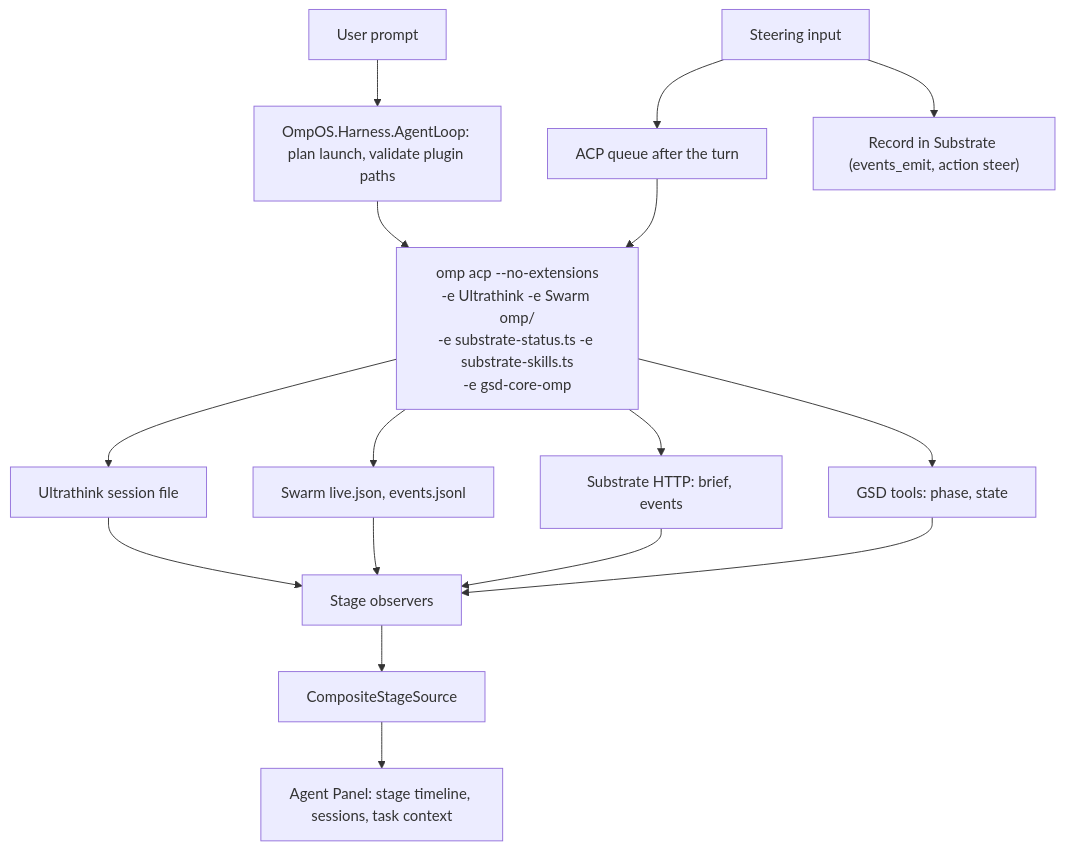
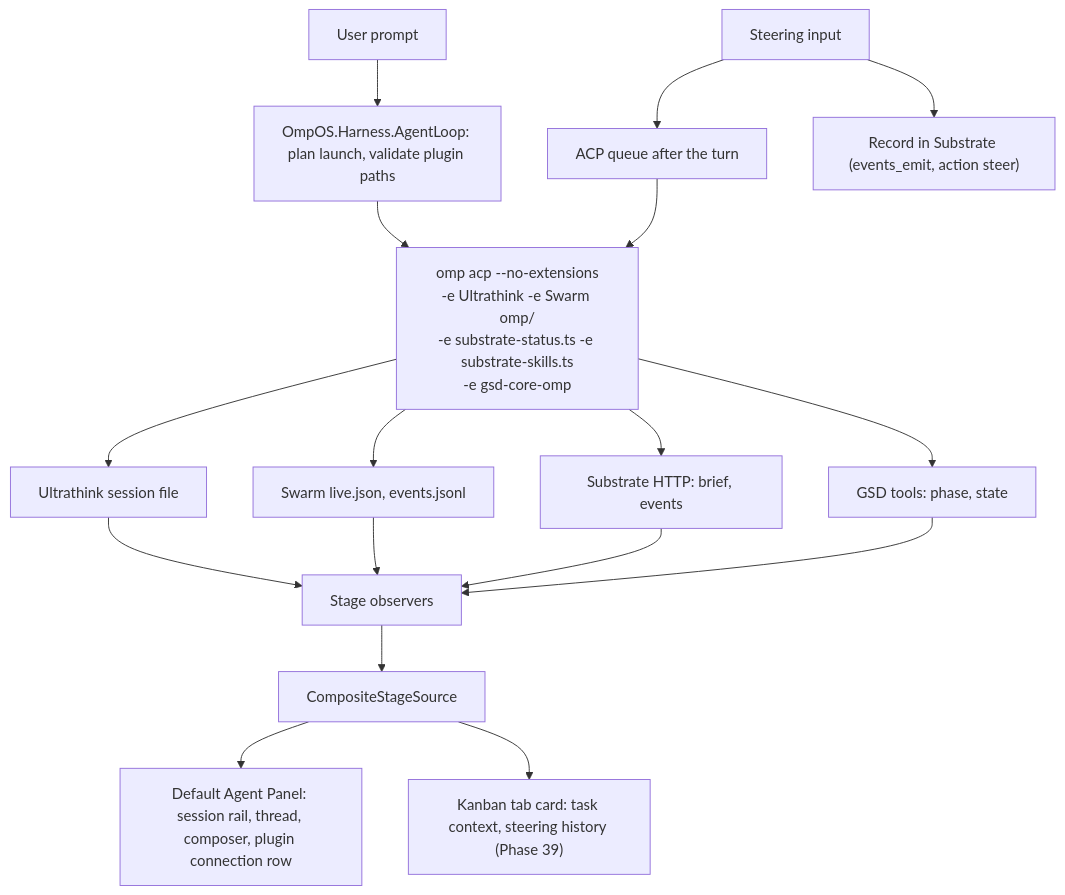
One commit to swcstudiospace/OmpOS changed the second of 2 diagrams in docs/architecture.md. Above: the diagram before and after it, drawn with Mermaid. The commit also changed other lines of this file and 25 other files, not shown here.

````diff
--- a/docs/architecture.md
+++ b/docs/architecture.md
@@ -72,18 +72,19 @@
 ```mermaid
 flowchart TB
     U["User prompt"] --> H["OmpOS.Harness.AgentLoop: plan launch, validate plugin paths"]
     H --> O["omp acp --no-extensions<br/>-e Ultrathink -e Swarm omp/<br/>-e substrate-status.ts -e substrate-skills.ts<br/>-e gsd-core-omp"]
     O --> UT["Ultrathink session file"]
     O --> SW["Swarm live.json, events.jsonl"]
     O --> SB["Substrate HTTP: brief, events"]
     O --> GS["GSD tools: phase, state"]
     UT --> OB["Stage observers"]
     SW --> OB
     SB --> OB
     GS --> OB
     OB --> CS["CompositeStageSource"]
-    CS --> P["Agent Panel: stage timeline, sessions, task context"]
+    CS --> P["Default Agent Panel: session rail, thread, composer, plugin connection row"]
+    CS --> K["Kanban tab card: task context, steering history (Phase 39)"]
     ST["Steering input"] --> Q["ACP queue after the turn"]
     Q --> O
     ST --> R["Record in Substrate (events_emit, action steer)"]
 ```
````
